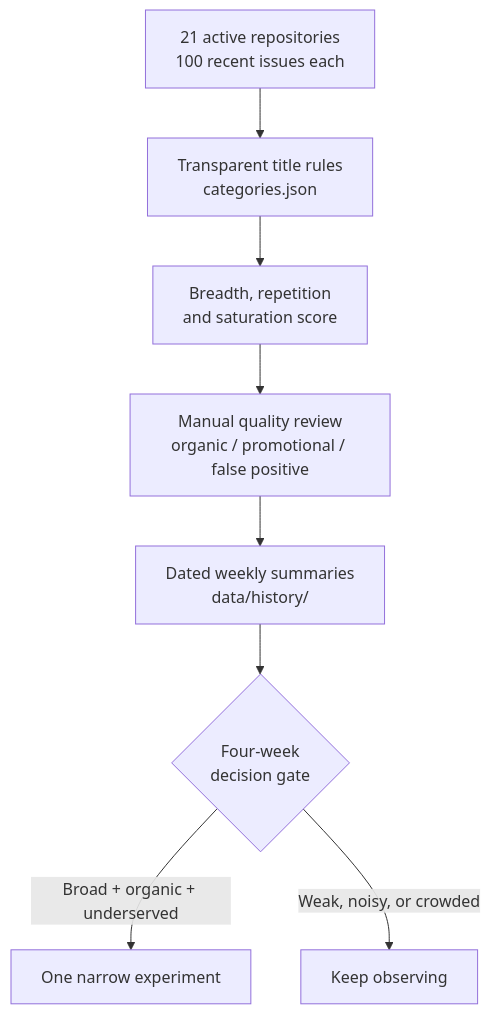
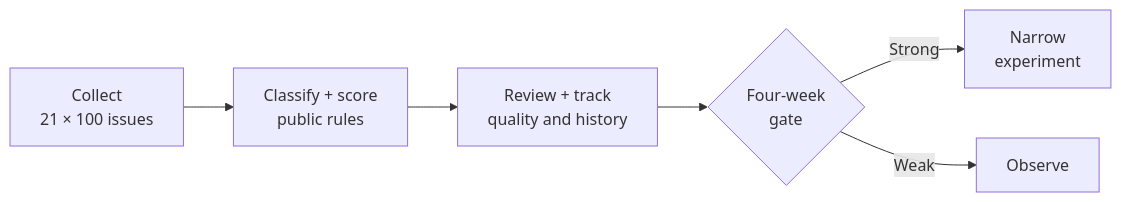
One commit to irina958-design/ai-needs-radar changed the second of 2 diagrams in README.md. Above: the diagram before and after it, drawn with Mermaid.

Commit message:
Simplify process overview

````diff
--- a/README.md
+++ b/README.md
@@ -78,10 +78,8 @@
 ```mermaid
-flowchart TD
-    A["21 active repositories<br/>100 recent issues each"] --> B["Transparent title rules<br/>categories.json"]
-    B --> C["Breadth, repetition<br/>and saturation score"]
-    C --> D["Manual quality review<br/>organic / promotional / false positive"]
-    D --> E["Dated weekly summaries<br/>data/history/"]
-    E --> F{"Four-week<br/>decision gate"}
-    F -->|"Broad + organic + underserved"| G["One narrow experiment"]
-    F -->|"Weak, noisy, or crowded"| H["Keep observing"]
+flowchart LR
+    A["Collect<br/>21 × 100 issues"] --> B["Classify + score<br/>public rules"]
+    B --> C["Review + track<br/>quality and history"]
+    C --> D{"Four-week<br/>gate"}
+    D -->|"Strong"| E["Narrow<br/>experiment"]
+    D -->|"Weak"| F["Observe"]
 ```
````
